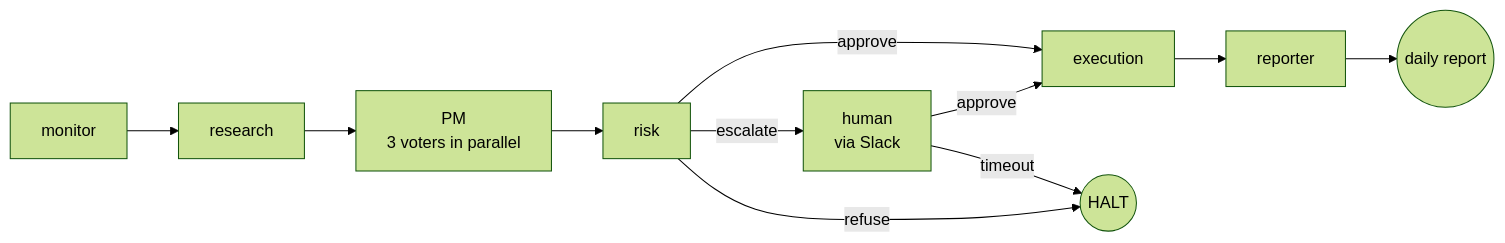
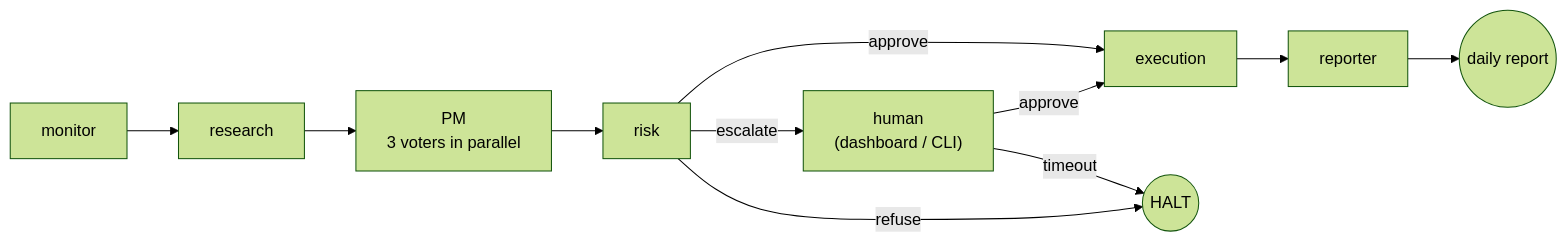
Before and after one commit to NoamDz/AI-Investment-Firm: the diagram in README.md, drawn with Mermaid (forest theme). The commit also changed other lines of this file, not shown here.

First line of the commit message:
docs(readme): drop slack as primary HITL + add learning loop section

````diff
--- a/README.md
+++ b/README.md
@@ -19,13 +19,13 @@
 ```mermaid
 flowchart LR
     M[monitor] --> R[research]
     R --> P["PM<br/>3 voters in parallel"]
     P --> RK[risk]
     RK -- approve --> X[execution]
-    RK -- escalate --> H["human<br/>via Slack"]
+    RK -- escalate --> H["human<br/>(dashboard / CLI)"]
     RK -- refuse --> HALT((HALT))
     H -- approve --> X
     H -- timeout --> HALT
     X --> RP[reporter]
     RP --> DONE((daily report))
 ```
````
